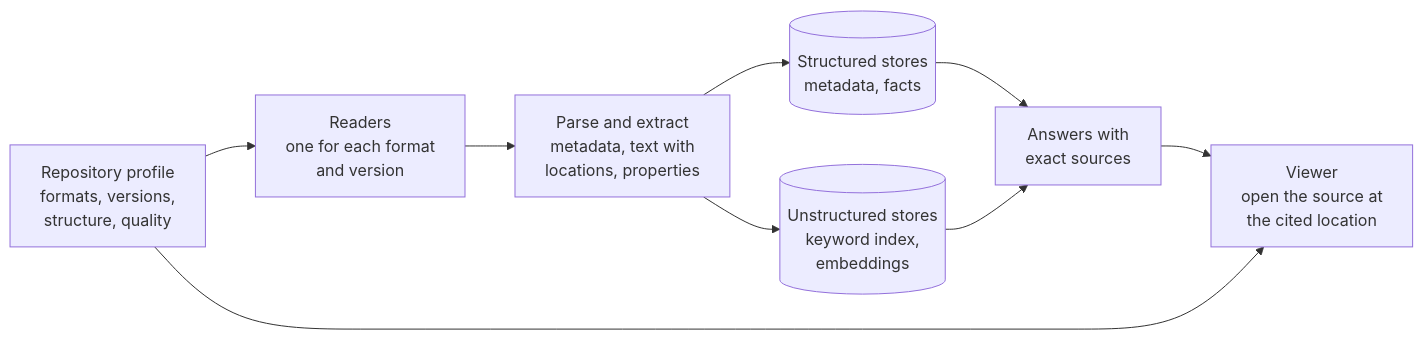
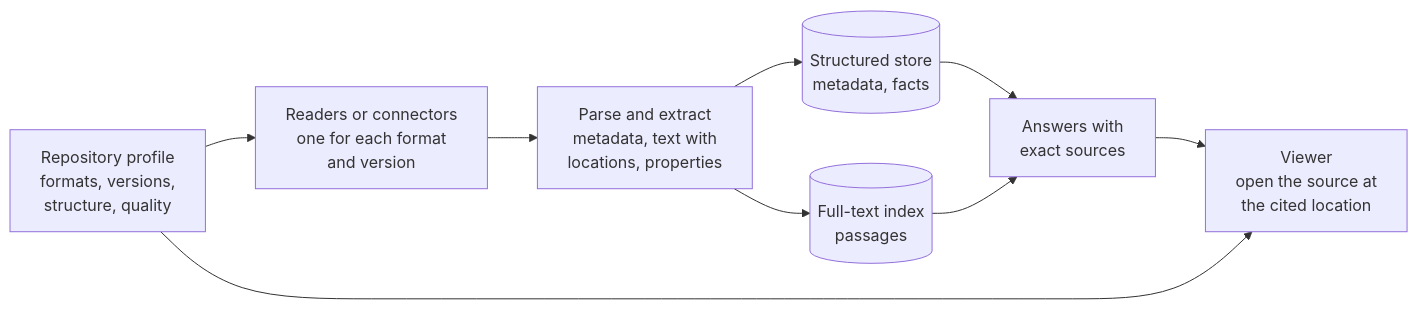
One commit to Sangrail/test changed the diagram in design/DATA-PROFILE.md. Above: the diagram before and after it, drawn with Mermaid. The commit also changed other lines of this file and 106 other files, not shown here.

````diff
--- a/design/DATA-PROFILE.md
+++ b/design/DATA-PROFILE.md
@@ -9,11 +9,11 @@
 ```mermaid
 flowchart LR
-    Profile[Repository profile<br/>formats, versions,<br/>structure, quality] --> Readers[Readers<br/>one for each format<br/>and version]
+    Profile[Repository profile<br/>formats, versions,<br/>structure, quality] --> Readers[Readers or connectors<br/>one for each format<br/>and version]
     Readers --> Parse[Parse and extract<br/>metadata, text with<br/>locations, properties]
-    Parse --> Structured[(Structured stores<br/>metadata, facts)]
-    Parse --> Unstructured[(Unstructured stores<br/>keyword index,<br/>embeddings)]
+    Parse --> Structured[(Structured store<br/>metadata, facts)]
+    Parse --> Unstructured[(Full-text index<br/>passages)]
     Structured --> Answer[Answers with<br/>exact sources]
     Unstructured --> Answer
     Answer --> Viewer[Viewer<br/>open the source at<br/>the cited location]
     Profile --> Viewer
 ```
````
